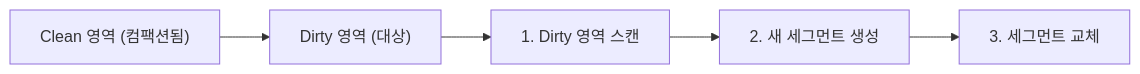
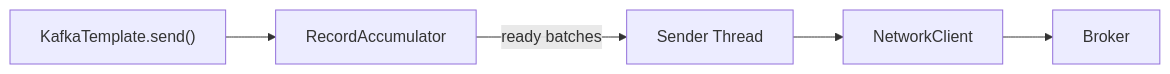
One commit to yjkim2015/yjkim2015.github.io changed the ninth of 11 diagrams in _posts/kafka/2026-05-01-kafka-internals.md. Above: the diagram before and after it, drawn with Mermaid. The commit also changed other lines of this file and 4 other files, not shown here.

````diff
--- a/_posts/kafka/2026-05-01-kafka-internals.md
+++ b/_posts/kafka/2026-05-01-kafka-internals.md
@@ -521,7 +852,7 @@
 ```mermaid
 graph LR
-    CLEAN["Clean 영역 (컴팩션됨)"] --> DIRTY["Dirty 영역 (대상)"]
-    DIRTY --> SCAN["1. Dirty 영역 스캔"]
-    SCAN --> NEW["2. 새 세그먼트 생성"]
-    NEW --> REPLACE["3. 세그먼트 교체"]
+    APP["KafkaTemplate.send()"] --> ACC["RecordAccumulator"]
+    ACC -->|"ready batches"| SENDER["Sender Thread"]
+    SENDER --> NC["NetworkClient"]
+    NC --> BROKER["Broker"]
 ```
````
